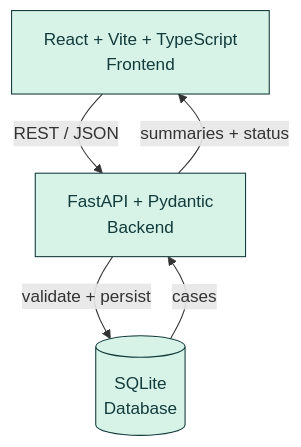
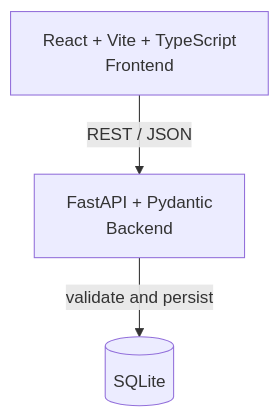
The second of 2 diagrams in README.md (Nishith45o7/CLARIO--health-intelligence-), drawn with Mermaid before and after one commit. The commit also changed other lines of this file, not shown here.

````diff
--- a/README.md
+++ b/README.md
@@ -119,12 +93,5 @@
 ```mermaid
 flowchart TD
-    UI["React + Vite + TypeScript<br/>Frontend"]
-    API["FastAPI + Pydantic<br/>Backend"]
-    DB[("SQLite<br/>Database")]
-    UI -- "REST / JSON" --> API
-    API -- "validate + persist" --> DB
-    DB -- "cases" --> API
-    API -- "summaries + status" --> UI
-    classDef n fill:#D7F3E8,stroke:#123B3A,color:#123B3A;
-    class UI,API,DB n;
+    UI["React + Vite + TypeScript<br/>Frontend"] -->|REST / JSON| API["FastAPI + Pydantic<br/>Backend"]
+    API -->|validate and persist| DB[("SQLite")]
 ```
````
